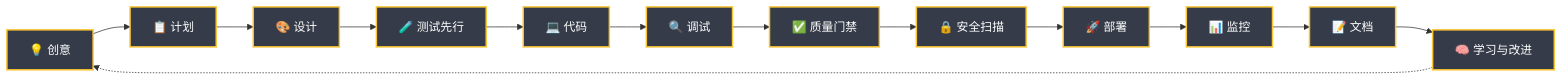
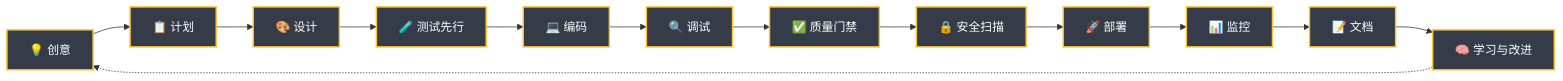
Before and after one commit to tody-agent/codymaster: the second of 3 diagrams in README-zh.md, drawn with Mermaid. The commit also changed other lines of this file and 27 other files, not shown here.

````diff
--- a/README-zh.md
+++ b/README-zh.md
@@ -79,17 +79,17 @@
 ```mermaid
 graph LR
     A["💡 创意"] --> B["📋 计划"]
     B --> C["🎨 设计"]
     C --> D["🧪 测试先行"]
-    D --> E["💻 代码"]
+    D --> E["💻 编码"]
     E --> F["🔍 调试"]
     F --> G["✅ 质量门禁"]
     G --> H["🔒 安全扫描"]
     H --> I["🚀 部署"]
     I --> J["📊 监控"]
     J --> K["📝 文档"]
     K --> L["🧠 学习与改进"]
     L -.-> A
     classDef phase fill:#353b48,stroke:#fbc531,stroke-width:2px,color:#fff;
     class A,B,C,D,E,F,G,H,I,J,K,L phase;
 ```
````
